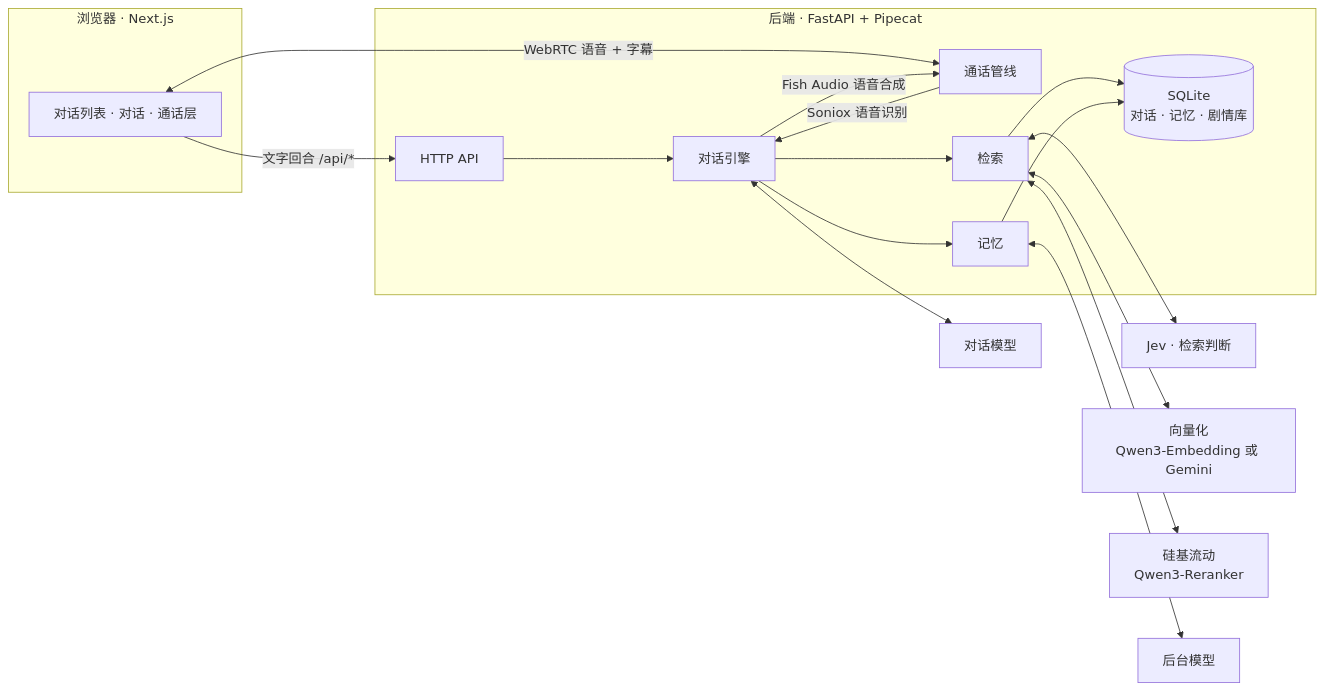
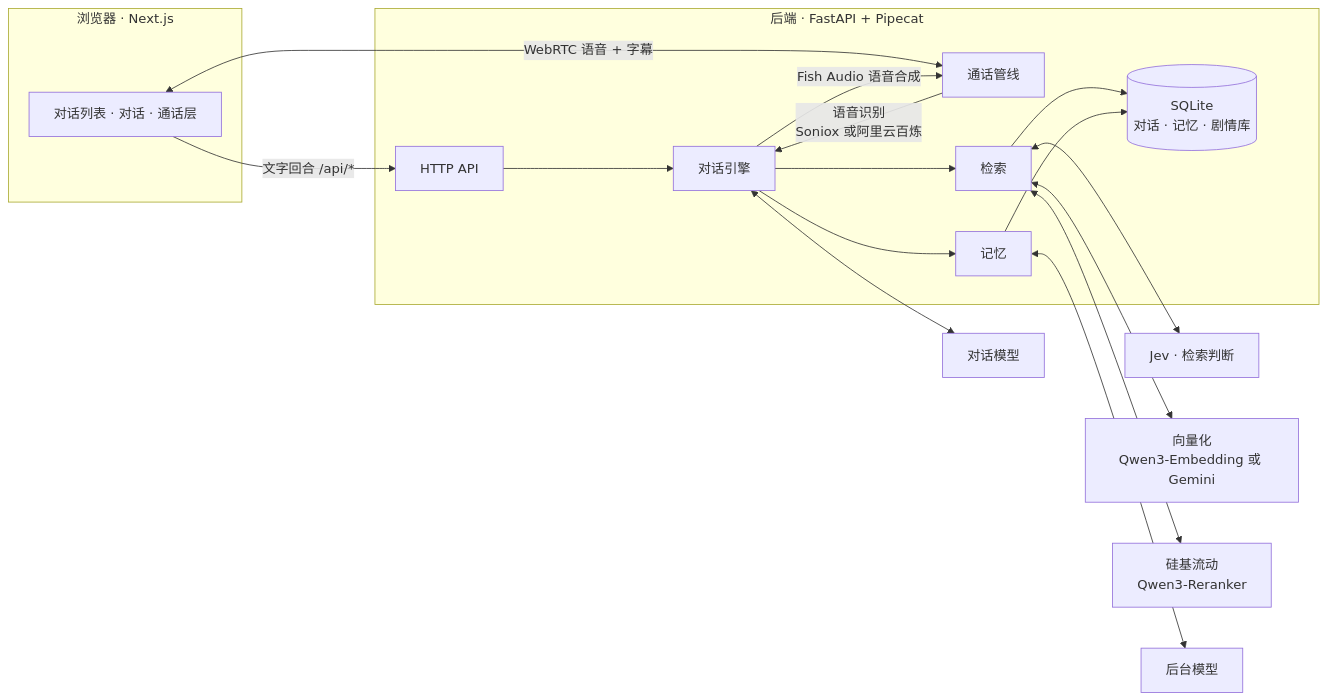
One commit to 3aKHP/idolum changed the first of 2 diagrams in README.md. Above: the diagram before and after it, drawn with Mermaid. The commit also changed other lines of this file and 7 other files, not shown here.

````diff
--- a/README.md
+++ b/README.md
@@ -72,30 +72,30 @@
 ```mermaid
 flowchart LR
     subgraph Browser["浏览器 · Next.js"]
         UI["对话列表 · 对话 · 通话层"]
     end
 
     subgraph Backend["后端 · FastAPI + Pipecat"]
         API["HTTP API"]
         Call["通话管线"]
         Engine["对话引擎"]
         Retrieval["检索"]
         Memory["记忆"]
         DB[("SQLite<br/>对话 · 记忆 · 剧情库")]
     end
 
     UI -- "文字回合 /api/*" --> API
     UI <-- "WebRTC 语音 + 字幕" --> Call
     API --> Engine
-    Call -- "Soniox 语音识别" --> Engine
+    Call -- "语音识别<br/>Soniox 或阿里云百炼" --> Engine
     Engine -- "Fish Audio 语音合成" --> Call
     Engine --> Retrieval
     Engine --> Memory
     Retrieval --> DB
     Memory --> DB
     Engine <--> ChatLLM["对话模型"]
     Retrieval <--> Jev["Jev · 检索判断"]
     Retrieval <--> Emb["向量化<br/>Qwen3-Embedding 或 Gemini"]
     Retrieval <--> SF["硅基流动<br/>Qwen3-Reranker"]
     Memory <--> BgLLM["后台模型"]
 ```
````
